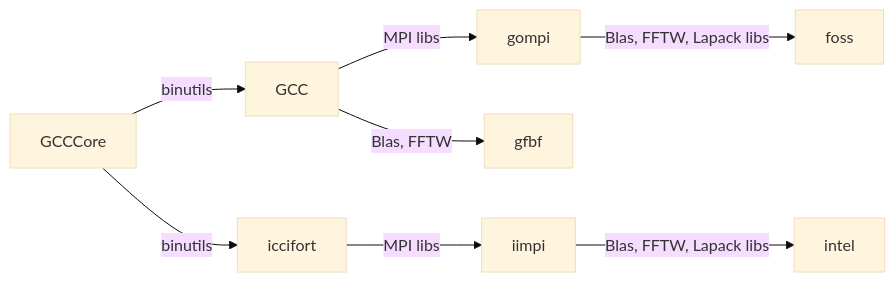
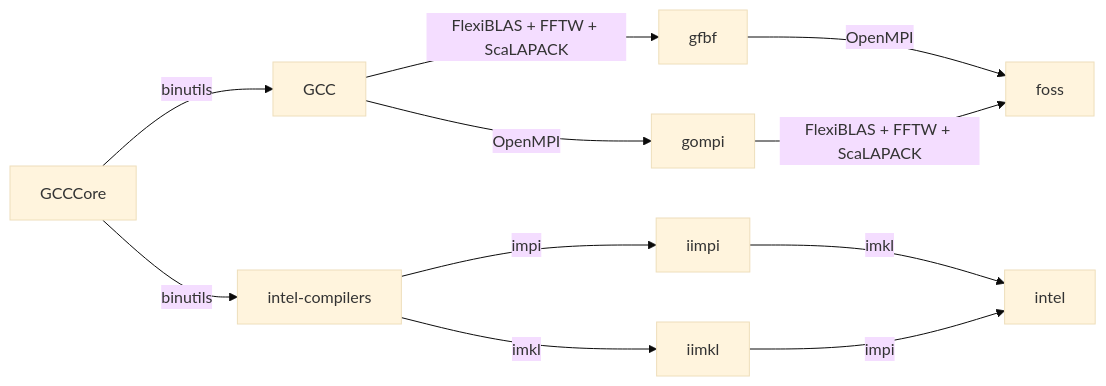
Before and after one commit to easybuilders/easybuild-docs: the diagram in docs/common-toolchains.md, drawn with Mermaid (base theme). The commit also changed other lines of this file, not shown here.

Commit message:
repaired the toolchain graph

````diff
--- a/docs/common-toolchains.md
+++ b/docs/common-toolchains.md
@@ -41,11 +47,13 @@
 ``` mermaid
-
 graph LR
   A[GCCCore] --> |binutils| B[GCC];
-  A --> |binutils| C[iccifort]
-  B --> |MPI libs| E[gompi];
-  C --> |MPI libs| F[iimpi];
-  B --> |Blas, FFTW| D[gfbf];
-  E --> |Blas, FFTW, Lapack libs| G[foss];
-  F --> |Blas, FFTW, Lapack libs| H[intel];
+  A --> |binutils| C[intel-compilers];
+  B --> |OpenMPI| E[gompi];
+  C --> |impi| F[iimpi];
+  B --> |FlexiBLAS + FFTW + ScaLAPACK| D[gfbf];
+  D --> |OpenMPI| G[foss];
+  E --> |FlexiBLAS + FFTW + ScaLAPACK| G[foss];
+  F --> |imkl| Z[intel];
+  C --> |imkl| H[iimkl];
+  H --> |impi| Z[intel];
 ```
````
